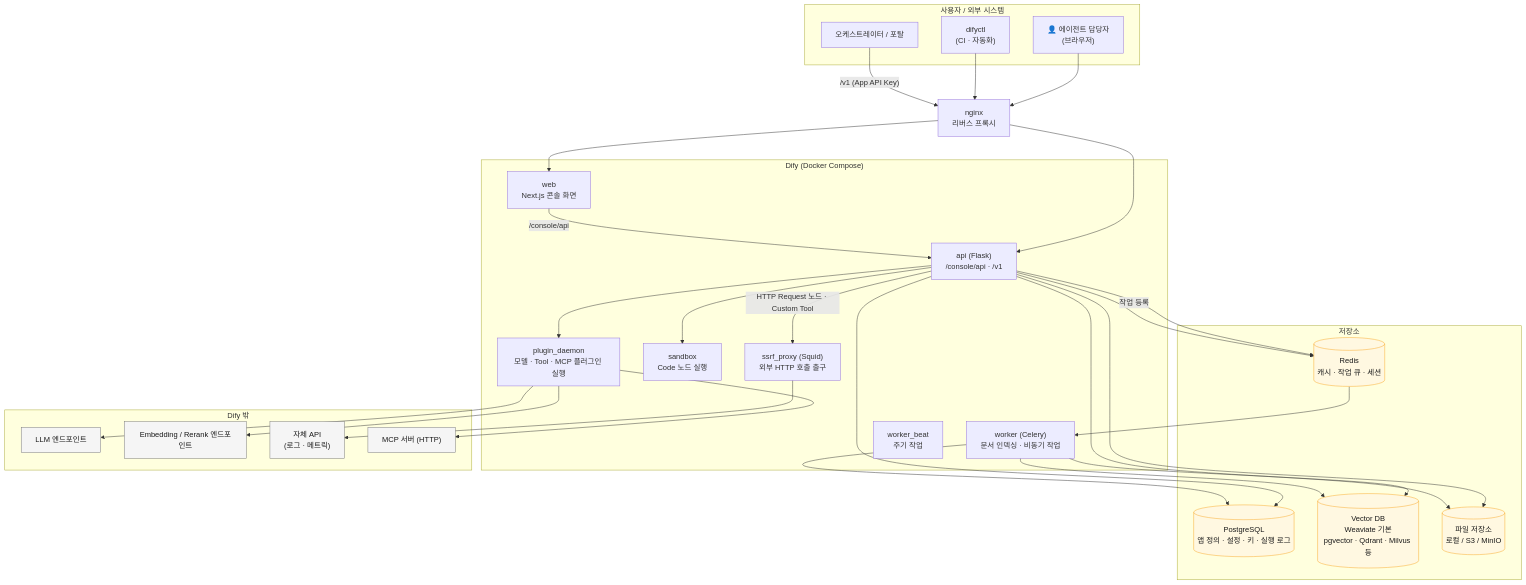
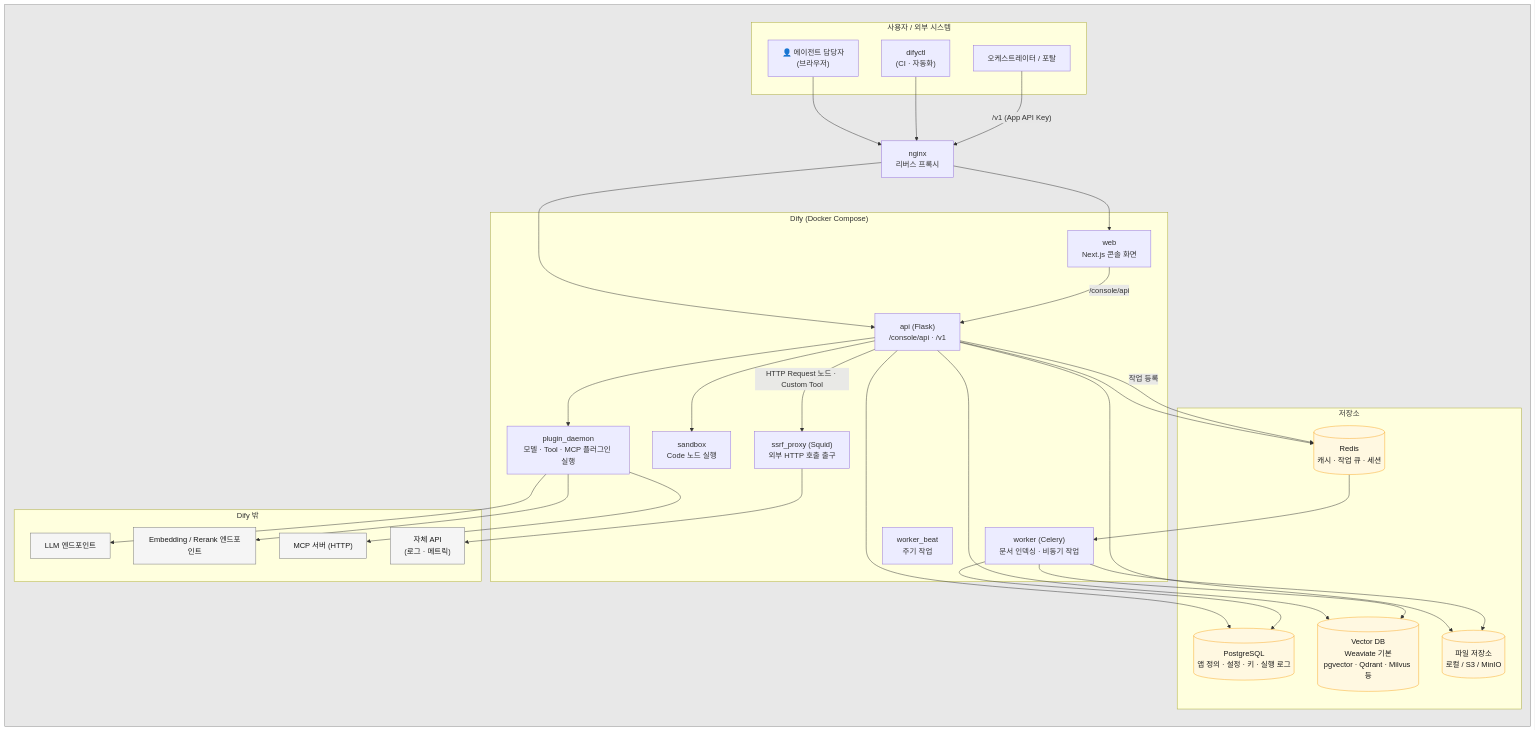
The first of 3 diagrams in docs/04_dify_platform_structure.md (kongrtan/zt9k39pm2e), drawn with Mermaid before and after one commit. The commit also changed 3 other files, not shown here.

````diff
--- a/docs/04_dify_platform_structure.md
+++ b/docs/04_dify_platform_structure.md
@@ -25,55 +25,59 @@
 ```mermaid
 flowchart TB
-    subgraph CLIENT["사용자 / 외부 시스템"]
-        DEV["👤 에이전트 담당자<br/>(브라우저)"]
-        CLI["difyctl<br/>(CI · 자동화)"]
-        ORCH["오케스트레이터 / 포탈"]
+    subgraph BG[" "]
+        direction TB
+        subgraph CLIENT["사용자 / 외부 시스템"]
+            DEV["👤 에이전트 담당자<br/>(브라우저)"]
+            CLI["difyctl<br/>(CI · 자동화)"]
+            ORCH["오케스트레이터 / 포탈"]
+        end
+
+        NGINX["nginx<br/>리버스 프록시"]
+
+        subgraph DIFY["Dify (Docker Compose)"]
+            WEB["web<br/>Next.js 콘솔 화면"]
+            API["api (Flask)<br/>/console/api · /v1"]
+            WORKER["worker (Celery)<br/>문서 인덱싱 · 비동기 작업"]
+            BEAT["worker_beat<br/>주기 작업"]
+            PLUGIN["plugin_daemon<br/>모델 · Tool · MCP 플러그인 실행"]
+            SANDBOX["sandbox<br/>Code 노드 실행"]
+            SSRF["ssrf_proxy (Squid)<br/>외부 HTTP 호출 출구"]
+        end
+
+        subgraph STORE["저장소"]
+            PG[("PostgreSQL<br/>앱 정의 · 설정 · 키 · 실행 로그")]
+            REDIS[("Redis<br/>캐시 · 작업 큐 · 세션")]
+            VDB[("Vector DB<br/>Weaviate 기본<br/>pgvector · Qdrant · Milvus 등")]
+            FILES[("파일 저장소<br/>로컬 / S3 / MinIO")]
+        end
+
+        subgraph OUT["Dify 밖"]
+            LLMEP["LLM 엔드포인트"]
+            EMB["Embedding / Rerank 엔드포인트"]
+            TOOLAPI["자체 API<br/>(로그 · 메트릭)"]
+            MCPS["MCP 서버 (HTTP)"]
+        end
+
+        DEV --> NGINX
+        CLI --> NGINX
+        ORCH -- "/v1 (App API Key)" --> NGINX
+        NGINX --> WEB
+        NGINX --> API
+        WEB -- "/console/api" --> API
+
+        API --> PG & REDIS & VDB & FILES
+        API -- "작업 등록" --> REDIS --> WORKER
+        WORKER --> PG & VDB & FILES
+        API --> PLUGIN
+        API --> SANDBOX
+        PLUGIN --> LLMEP & EMB
+        PLUGIN --> MCPS
+        API -- "HTTP Request 노드 · Custom Tool" --> SSRF --> TOOLAPI
     end
-
-    NGINX["nginx<br/>리버스 프록시"]
-
-    subgraph DIFY["Dify (Docker Compose)"]
-        WEB["web<br/>Next.js 콘솔 화면"]
-        API["api (Flask)<br/>/console/api · /v1"]
-        WORKER["worker (Celery)<br/>문서 인덱싱 · 비동기 작업"]
-        BEAT["worker_beat<br/>주기 작업"]
-        PLUGIN["plugin_daemon<br/>모델 · Tool · MCP 플러그인 실행"]
-        SANDBOX["sandbox<br/>Code 노드 실행"]
-        SSRF["ssrf_proxy (Squid)<br/>외부 HTTP 호출 출구"]
-    end
-
-    subgraph STORE["저장소"]
-        PG[("PostgreSQL<br/>앱 정의 · 설정 · 키 · 실행 로그")]
-        REDIS[("Redis<br/>캐시 · 작업 큐 · 세션")]
-        VDB[("Vector DB<br/>Weaviate 기본<br/>pgvector · Qdrant · Milvus 등")]
-        FILES[("파일 저장소<br/>로컬 / S3 / MinIO")]
-    end
-
-    subgraph OUT["Dify 밖"]
-        LLMEP["LLM 엔드포인트"]
-        EMB["Embedding / Rerank 엔드포인트"]
-        TOOLAPI["자체 API<br/>(로그 · 메트릭)"]
-        MCPS["MCP 서버 (HTTP)"]
-    end
-
-    DEV --> NGINX
-    CLI --> NGINX
-    ORCH -- "/v1 (App API Key)" --> NGINX
-    NGINX --> WEB
-    NGINX --> API
-    WEB -- "/console/api" --> API
-
-    API --> PG & REDIS & VDB & FILES
-    API -- "작업 등록" --> REDIS --> WORKER
-    WORKER --> PG & VDB & FILES
-    API --> PLUGIN
-    API --> SANDBOX
-    PLUGIN --> LLMEP & EMB
-    PLUGIN --> MCPS
-    API -- "HTTP Request 노드 · Custom Tool" --> SSRF --> TOOLAPI
+    style BG fill:#8080802e,stroke:#8a8a8a
 
     classDef store fill:#fff8e1,stroke:#f9a825,color:#1a1a1a;
     classDef out fill:#f5f5f5,stroke:#757575,color:#1a1a1a;
     class PG,REDIS,VDB,FILES store;
     class LLMEP,EMB,TOOLAPI,MCPS out;
 ```
````
